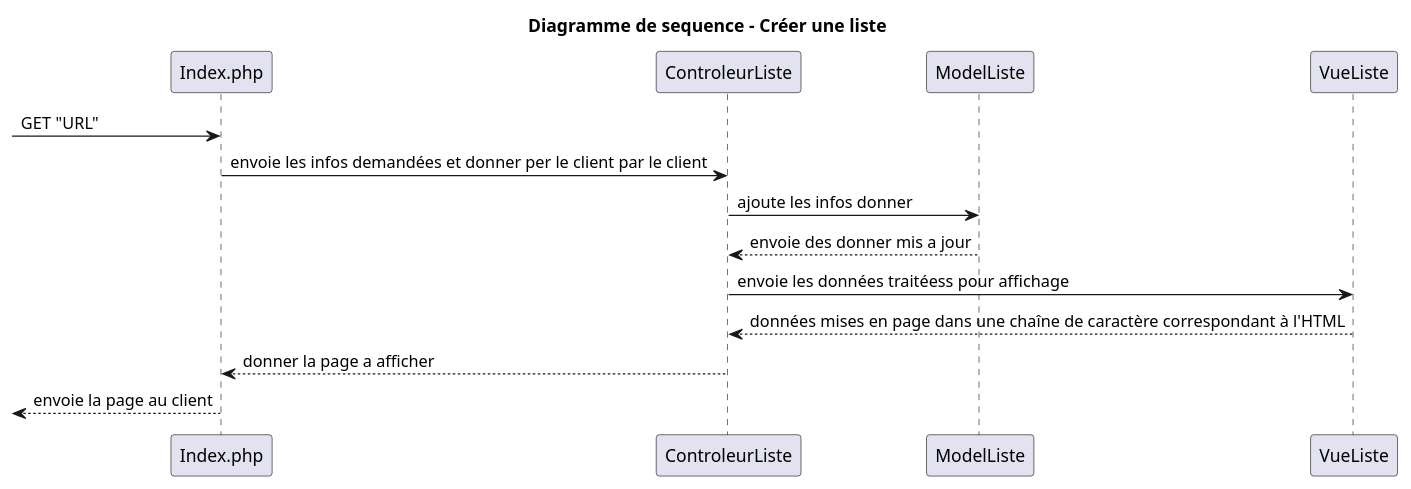
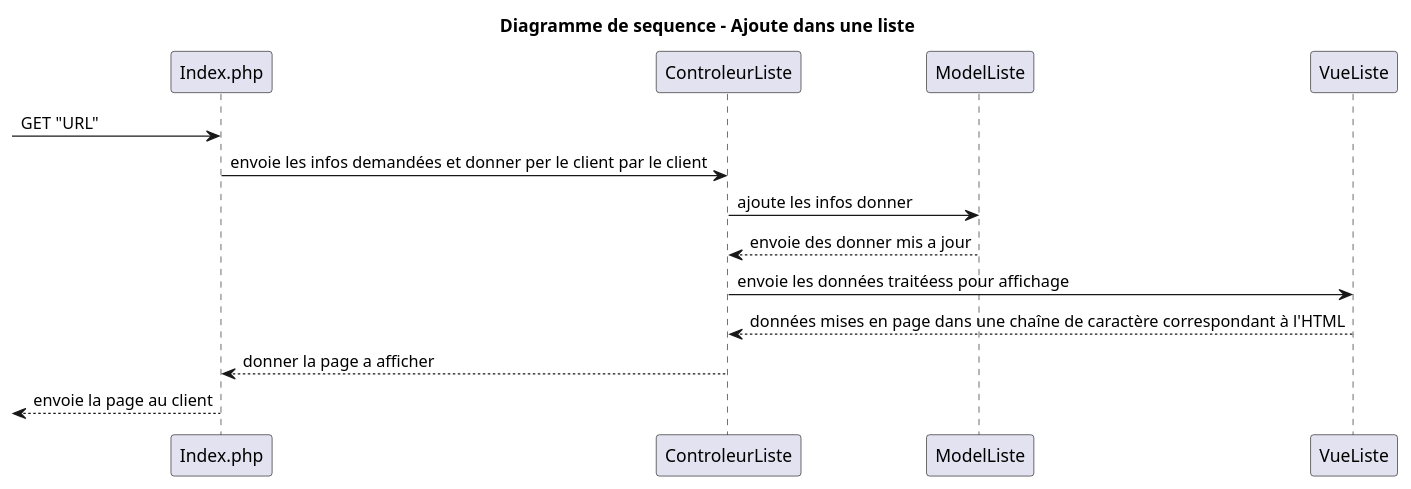
Before and after one commit to AlasDiablo/php-project-2019: the diagram in doc/Diagramme Sequence Liste Ajout.puml, drawn with PlantUML.

Commit message:
Mise a jour du titre d'un diagramme

```diff
--- a/doc/Diagramme Sequence Liste Ajout.puml
+++ b/doc/Diagramme Sequence Liste Ajout.puml
@@ -1,19 +1,19 @@
 @startuml
 
-title Diagramme de sequence - Créer une liste
+title Diagramme de sequence - Ajoute dans une liste
 
 participant Index.php as index
 participant ControleurListe as CListe
 participant ModelListe as MListe
 participant VueListe as VListe
 
 -> index: GET "URL"
 index -> CListe: envoie les infos demandées et donner per le client par le client
 CListe -> MListe: ajoute les infos donner
 CListe <-- MListe: envoie des donner mis a jour
 CListe -> VListe: envoie les données traitéess pour affichage
 CListe <-- VListe: données mises en page dans une chaîne de caractère correspondant à l'HTML
 index <-- CListe: donner la page a afficher
 <-- index: envoie la page au client
 
 @enduml
```
